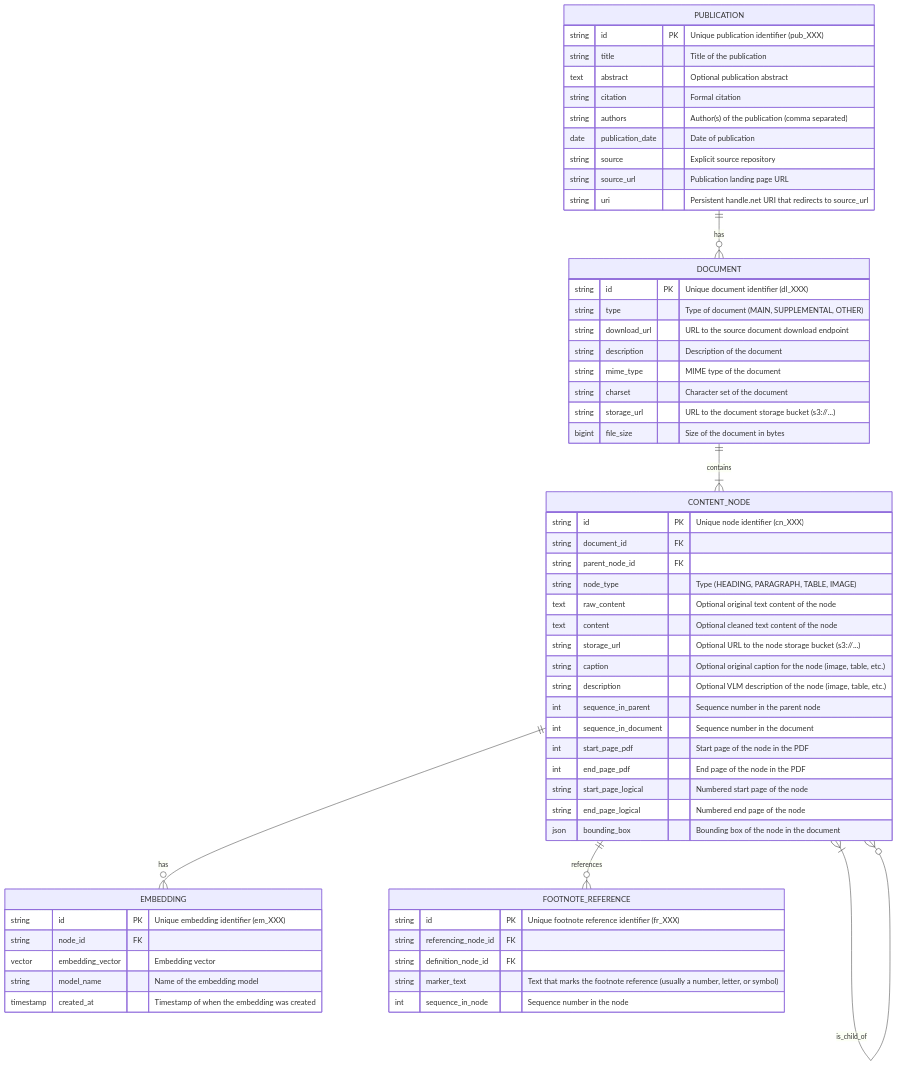
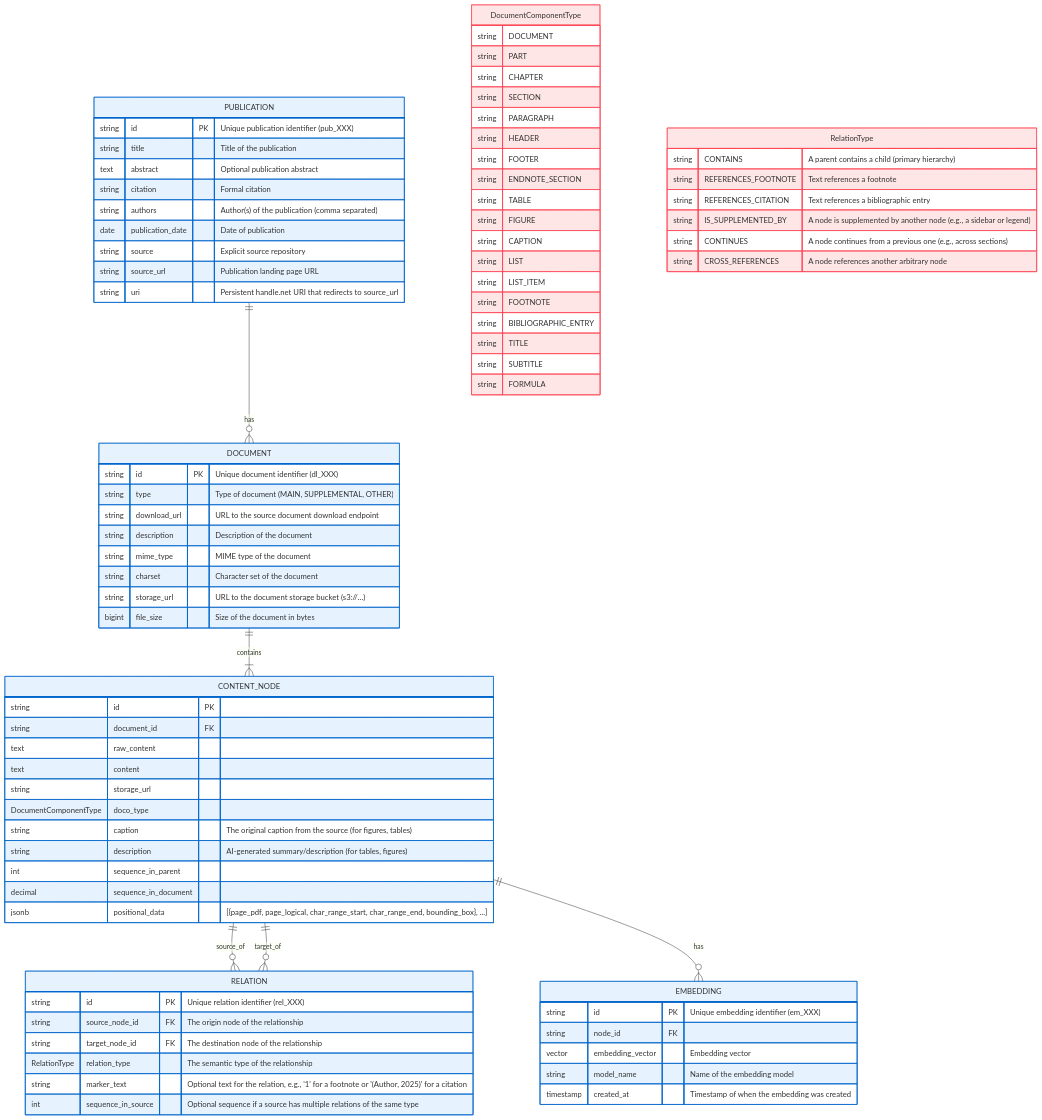
Before and after one commit to Teal-Insights/ccdr-extraction-workflow: the second of 2 diagrams in README.md, drawn with Mermaid. The commit also changed 1 other file, not shown here.

Commit message:
Detailed database schema redesign: - Incorporates DoCo semantic component types - Handles citations and sidebars in a more generalizable way - Allows many-to-many relations between nodes

````diff
--- a/README.md
+++ b/README.md
@@ -66,9 +66,9 @@
     %% Relationship lines
     PUBLICATION ||--o{ DOCUMENT : has
     DOCUMENT ||--|{ CONTENT_NODE : contains
-    CONTENT_NODE }|--o{ CONTENT_NODE : is_child_of
+    CONTENT_NODE ||--o{ RELATION : source_of
+    CONTENT_NODE ||--o{ RELATION : target_of
     CONTENT_NODE ||--o{ EMBEDDING : has
-    CONTENT_NODE ||--o{ FOOTNOTE_REFERENCE : references
     
     %% Entity: PUBLICATION
     PUBLICATION {
@@ -95,26 +95,69 @@
         bigint file_size "Size of the document in bytes"
     }
 
+    %% ENUM: DocumentComponentType
+    DocumentComponentType {
+        string DOCUMENT
+        string PART
+        string CHAPTER
+        string SECTION
+        string PARAGRAPH
+        string HEADER
+        string FOOTER
+        string ENDNOTE_SECTION
+        string TABLE
+        string FIGURE
+        string CAPTION
+        string LIST
+        string LIST_ITEM
+        string FOOTNOTE
+        string BIBLIOGRAPHIC_ENTRY
+        string TITLE
+        string SUBTITLE
+        string FORMULA
+    }
+
     %% ENTITY: CONTENT_NODE
     CONTENT_NODE {
-        string id PK "Unique node identifier (cn_XXX)"
+        string id PK
         string document_id FK
-        string parent_node_id FK
-        string node_type "Type (HEADING, PARAGRAPH, TABLE, IMAGE)"
-        text raw_content "Optional original text content of the node"
-        text content "Optional cleaned text content of the node"
-        string storage_url "Optional URL to the node storage bucket (s3://...)"
-        string caption "Optional original caption for the node (image, table, etc.)"
-        string description "Optional VLM description of the node (image, table, etc.)"
-        int sequence_in_parent "Sequence number in the parent node"
-        int sequence_in_document "Sequence number in the document"
-        int start_page_pdf "Start page of the node in the PDF"
-        int end_page_pdf "End page of the node in the PDF"
-        string start_page_logical "Numbered start page of the node"
-        string end_page_logical "Numbered end page of the node"
-        json bounding_box "Bounding box of the node in the document"
+        text raw_content
+        text content
+        string storage_url
+        
+        %% Semantic & Descriptive Fields
+        DocumentComponentType doco_type
+        string caption "The original caption from the source (for figures, tables)"
+        string description "AI-generated summary/description (for tables, figures)"
+        
+        %% Ordering & Sequencing
+        int sequence_in_parent
+        decimal sequence_in_document
+        
+        %% Positional Data
+        jsonb positional_data "[{page_pdf, page_logical, char_range_start, char_range_end, bounding_box}, ...]"
     }
-    
+
+    %% ENUM: RelationType
+    RelationType {
+        string CONTAINS "A parent contains a child (primary hierarchy)"
+        string REFERENCES_FOOTNOTE "Text references a footnote"
+        string REFERENCES_CITATION "Text references a bibliographic entry"
+        string IS_SUPPLEMENTED_BY "A node is supplemented by another node (e.g., a sidebar or legend)"
+        string CONTINUES "A node continues from a previous one (e.g., across sections)"
+        string CROSS_REFERENCES "A node references another arbitrary node"
+    }
+
+    %% ENTITY: RELATION
+    RELATION {
+        string id PK "Unique relation identifier (rel_XXX)"
+        string source_node_id FK "The origin node of the relationship"
+        string target_node_id FK "The destination node of the relationship"
+        RelationType relation_type "The semantic type of the relationship"
+        string marker_text "Optional text for the relation, e.g., '1' for a footnote or '(Author, 2025)' for a citation"
+        int sequence_in_source "Optional sequence if a source has multiple relations of the same type"
+    }
+
     %% ENTITY: EMBEDDING
     EMBEDDING {
         string id PK "Unique embedding identifier (em_XXX)"
@@ -123,13 +166,11 @@
         string model_name "Name of the embedding model"
         timestamp created_at "Timestamp of when the embedding was created"
     }
-    
-    %% ENTITY: FOOTNOTE_REFERENCE
-    FOOTNOTE_REFERENCE {
-        string id PK "Unique footnote reference identifier (fr_XXX)"
-        string referencing_node_id FK
-        string definition_node_id FK
-        string marker_text "Text that marks the footnote reference (usually a number, letter, or symbol)"
-        int sequence_in_node "Sequence number in the node"
-    }
+
+    %% ===== CSS STYLING =====
+    classDef enumType fill:#ffe6e6,stroke:#ff4757
+    classDef mainTable fill:#e6f3ff,stroke:#0066cc
+
+    class DocumentComponentType,RelationType enumType
+    class PUBLICATION,DOCUMENT,CONTENT_NODE,RELATION,EMBEDDING mainTable
 ```
````
